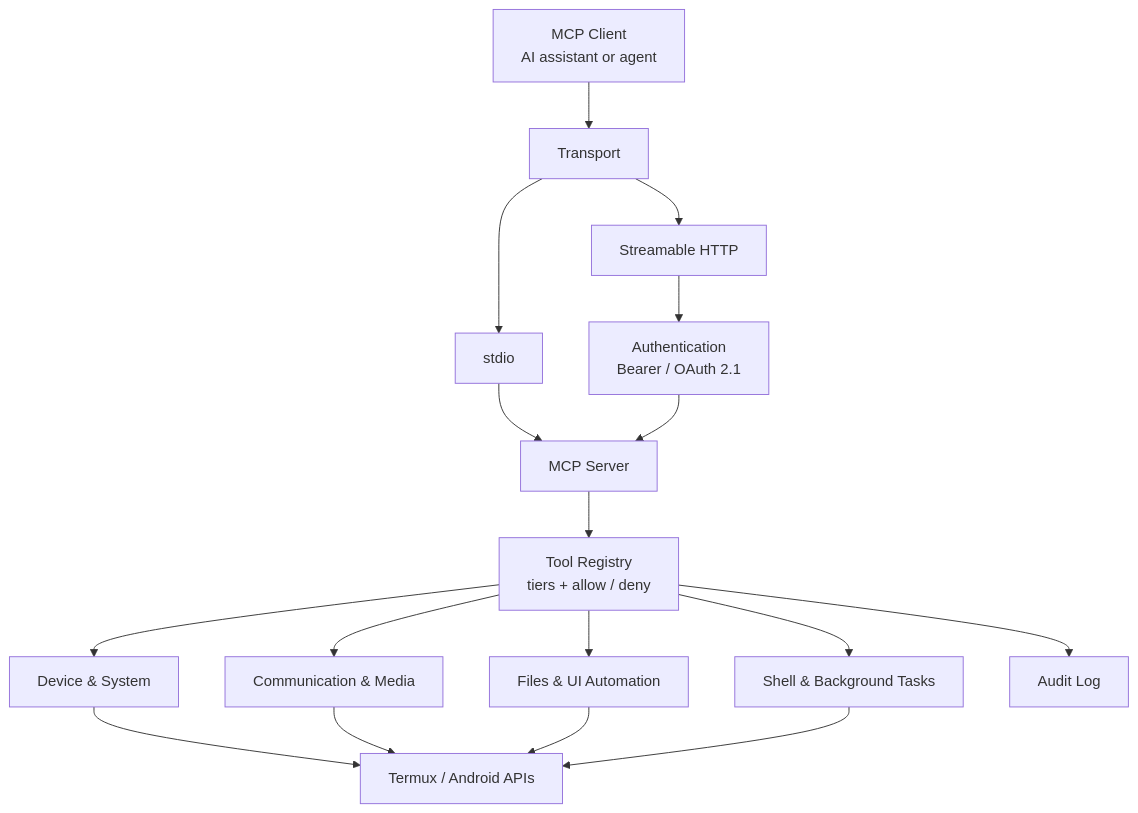
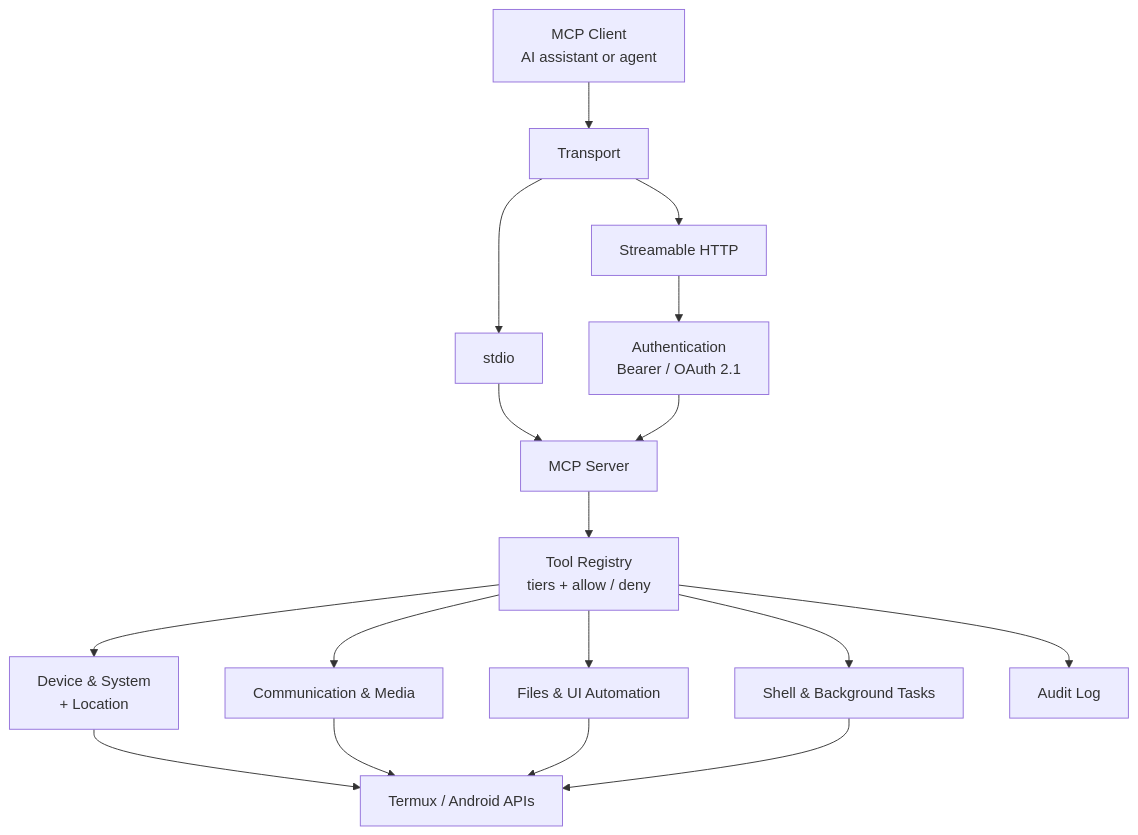
The diagram in README.md (zema-tech/termux-mcp), drawn with Mermaid before and after one commit. The commit also changed other lines of this file, not shown here.

````diff
--- a/README.md
+++ b/README.md
@@ -331,19 +345,19 @@
 ```mermaid
 flowchart TD
     A["MCP Client<br/>AI assistant or agent"] --> B["Transport"]
     B --> C["stdio"]
     B --> D["Streamable HTTP"]
     D --> E["Authentication<br/>Bearer / OAuth 2.1"]
     C --> F["MCP Server"]
     E --> F
     F --> G["Tool Registry<br/>tiers + allow / deny"]
-    G --> H["Device & System"]
+    G --> H["Device & System<br/>+ Location"]
     G --> I["Communication & Media"]
     G --> J["Files & UI Automation"]
     G --> K["Shell & Background Tasks"]
     G --> L["Audit Log"]
     H --> M["Termux / Android APIs"]
     I --> M
     J --> M
     K --> M
 ```
````
